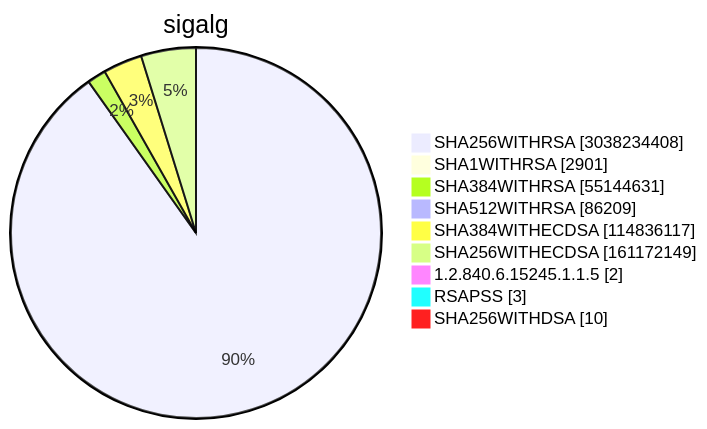
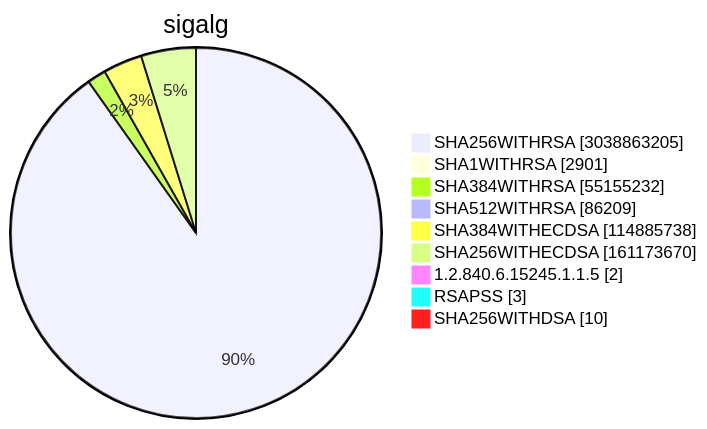
Diagram 15 of 15 in TOTAL/README.md (christiankrug/ctmonitor_visualization), drawn with Mermaid before and after one commit. The commit also changed other lines of this file, not shown here.

````diff
--- a/TOTAL/README.md
+++ b/TOTAL/README.md
@@ -6208,13 +6208,13 @@
 ```mermaid
 pie showData
 title sigalg
-"SHA256WITHRSA" :3038234408
+"SHA256WITHRSA" :3038863205
 "SHA1WITHRSA" :2901
-"SHA384WITHRSA" :55144631
+"SHA384WITHRSA" :55155232
 "SHA512WITHRSA" :86209
-"SHA384WITHECDSA" :114836117
-"SHA256WITHECDSA" :161172149
+"SHA384WITHECDSA" :114885738
+"SHA256WITHECDSA" :161173670
 "1.2.840.6.15245.1.1.5" :2
 "RSAPSS" :3
 "SHA256WITHDSA" :10
 ```
````
